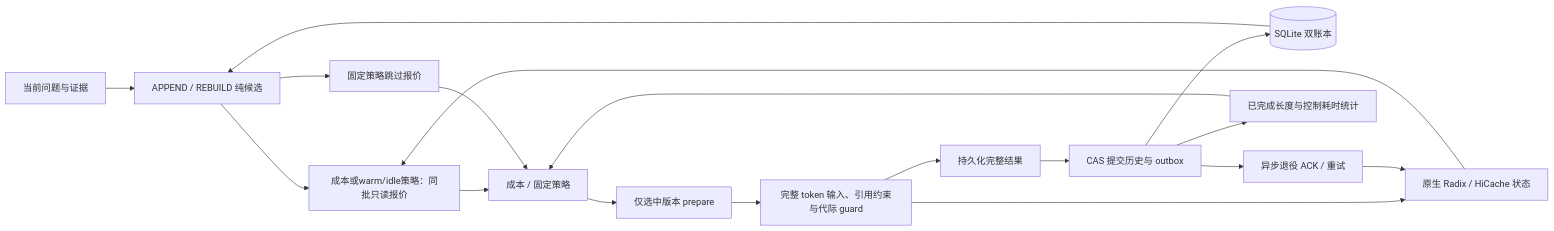
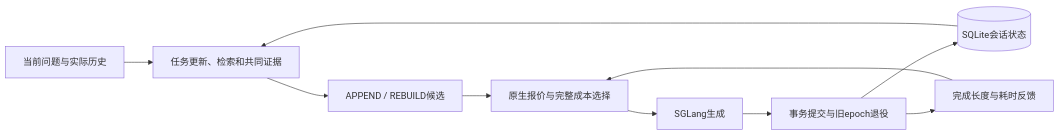
The diagram in docs/architecture.md (issaddy/ContextKV), drawn with Mermaid before and after one commit. The commit also changed other lines of this file and 140 other files, not shown here.

````diff
--- a/docs/architecture.md
+++ b/docs/architecture.md
@@ -9,20 +5,12 @@
 ```mermaid
 flowchart LR
-  Data[当前问题与证据] --> Candidates[APPEND / REBUILD 纯候选]
-  Store[(SQLite 双账本)] --> Candidates
-  Candidates --> Quote[成本或warm/idle策略：同批只读报价]
-  Candidates --> Fixed[固定策略跳过报价]
-  Quote --> Planner[成本 / 固定策略]
-  Fixed --> Planner
-  Planner --> Prepare[仅选中版本 prepare]
-  Prepare --> Generate[完整 token 输入、引用约束与代际 guard]
-  Generate --> Result[持久化完整结果]
-  Result --> Commit[CAS 提交历史与 outbox]
-  Commit --> Store
-  Commit --> Retire[异步退役 ACK / 重试]
-  Commit --> Feedback[已完成长度与控制耗时统计]
-  Feedback --> Planner
-  Generate --> Cache[原生 Radix / HiCache 状态]
-  Retire --> Cache
-  Cache --> Quote
+  Q[当前问题与实际历史] --> A[任务更新、检索和共同证据]
+  A --> P[APPEND / REBUILD候选]
+  P --> B[原生报价与完整成本选择]
+  B --> G[SGLang生成]
+  G --> C[事务提交与旧epoch退役]
+  C --> S[(SQLite会话状态)]
+  S --> A
+  C --> F[完成长度与耗时反馈]
+  F --> B
 ```
````
